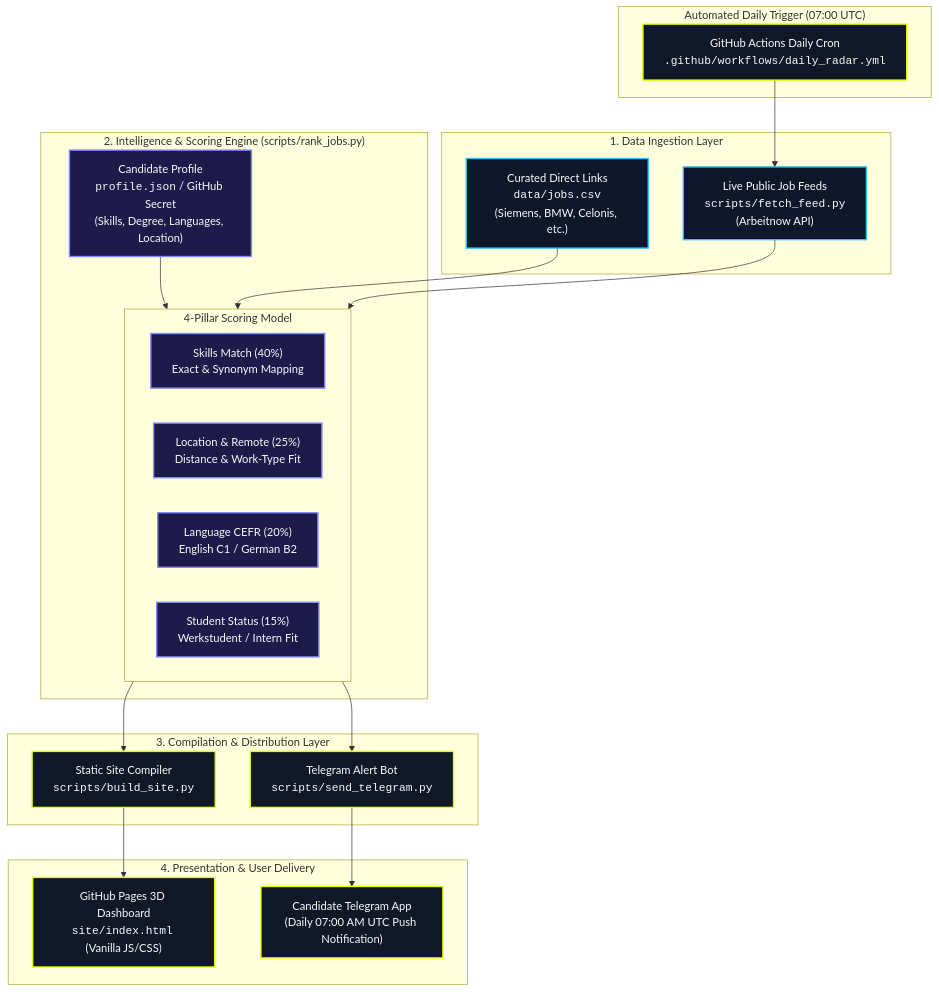
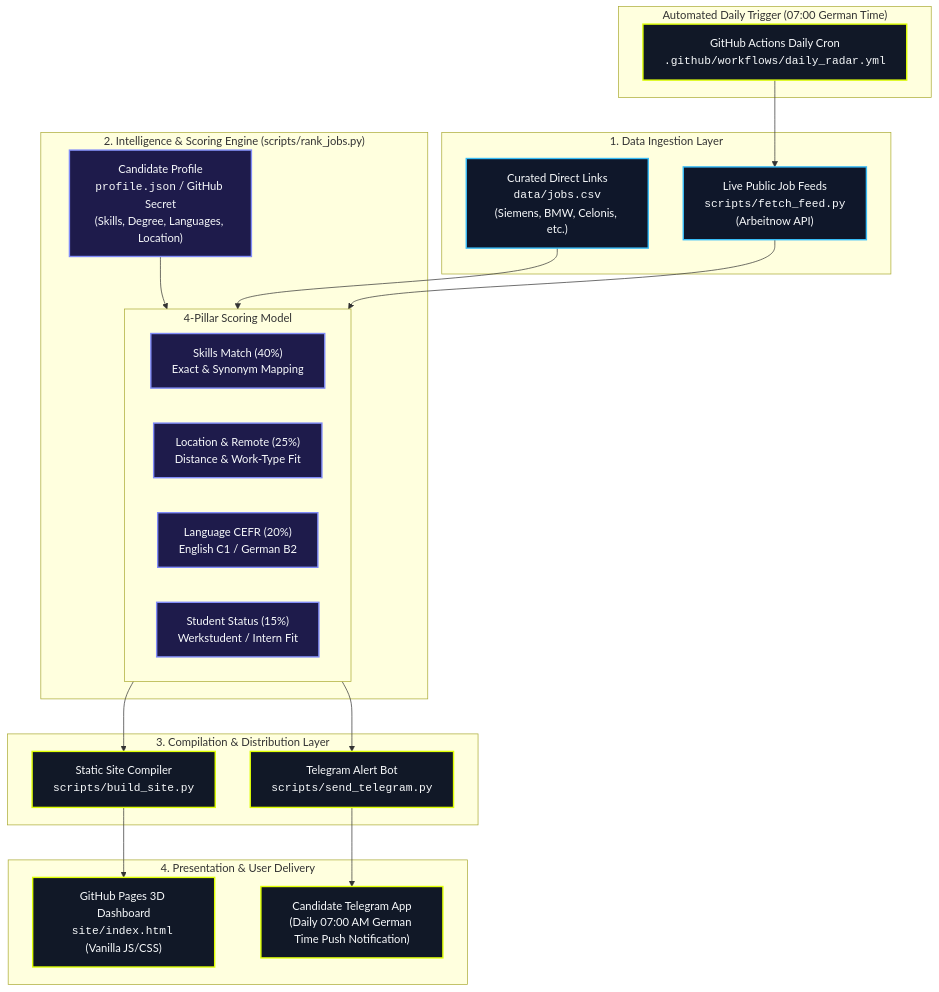
One commit to srinivaspolanki/job-radar changed the first of 2 diagrams in README.md. Above: the diagram before and after it, drawn with Mermaid. The commit also changed other lines of this file and 2 other files, not shown here.

Commit message:
docs: align all cron schedules, diagrams, and telegram alerts to 07:00 AM German Time

````diff
--- a/README.md
+++ b/README.md
@@ -9,51 +9,51 @@
 ```mermaid
 graph TB
     subgraph DATA_INGESTION["1. Data Ingestion Layer"]
         A1["Curated Direct Links<br/><code>data/jobs.csv</code><br/>(Siemens, BMW, Celonis, etc.)"]
         A2["Live Public Job Feeds<br/><code>scripts/fetch_feed.py</code><br/>(Arbeitnow API)"]
     end
 
     subgraph INTELLIGENCE_ENGINE["2. Intelligence & Scoring Engine (scripts/rank_jobs.py)"]
         P["Candidate Profile<br/><code>profile.json</code> / GitHub Secret<br/>(Skills, Degree, Languages, Location)"]
         
         subgraph FOUR_PILLARS["4-Pillar Scoring Model"]
             S1["Skills Match (40%)<br/>Exact & Synonym Mapping"]
             S2["Location & Remote (25%)<br/>Distance & Work-Type Fit"]
             S3["Language CEFR (20%)<br/>English C1 / German B2"]
             S4["Student Status (15%)<br/>Werkstudent / Intern Fit"]
         end
         
         P --> FOUR_PILLARS
         A1 --> FOUR_PILLARS
         A2 --> FOUR_PILLARS
     end
 
     subgraph COMPILATION_DISTRIBUTION["3. Compilation & Distribution Layer"]
         B1["Static Site Compiler<br/><code>scripts/build_site.py</code>"]
         B2["Telegram Alert Bot<br/><code>scripts/send_telegram.py</code>"]
         
         FOUR_PILLARS --> B1
         FOUR_PILLARS --> B2
     end
 
     subgraph PRESENTATION["4. Presentation & User Delivery"]
         C1["GitHub Pages 3D Dashboard<br/><code>site/index.html</code> (Vanilla JS/CSS)"]
-        C2["Candidate Telegram App<br/>(Daily 07:00 AM UTC Push Notification)"]
+        C2["Candidate Telegram App<br/>(Daily 07:00 AM German Time Push Notification)"]
         
         B1 --> C1
         B2 --> C2
     end
 
-    subgraph CI_CD["Automated Daily Trigger (07:00 UTC)"]
+    subgraph CI_CD["Automated Daily Trigger (07:00 German Time)"]
         CRON["GitHub Actions Daily Cron<br/><code>.github/workflows/daily_radar.yml</code>"]
         CRON --> A2
     end
 
     classDef primary fill:#0f172a,stroke:#38bdf8,stroke-width:2px,color:#f8fafc;
     classDef accent fill:#111827,stroke:#DFFF04,stroke-width:2px,color:#f8fafc;
     classDef highlight fill:#1e1b4b,stroke:#818cf8,stroke-width:2px,color:#f8fafc;
     
     class A1,A2 primary;
     class S1,S2,S3,S4,P highlight;
     class B1,B2,C1,C2,CRON accent;
 ```
````
